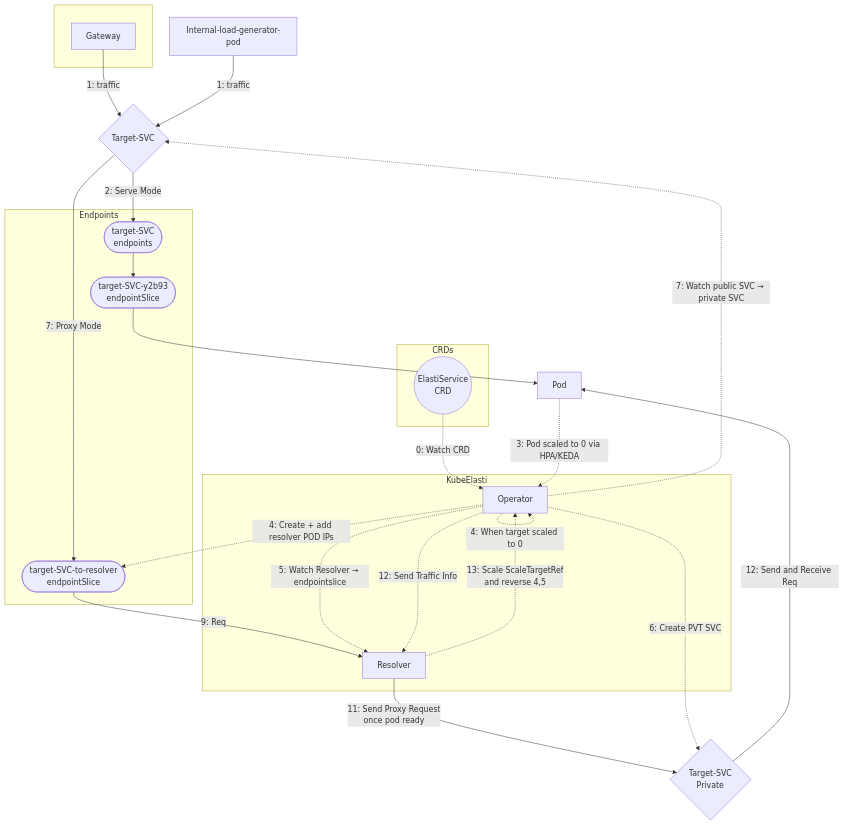
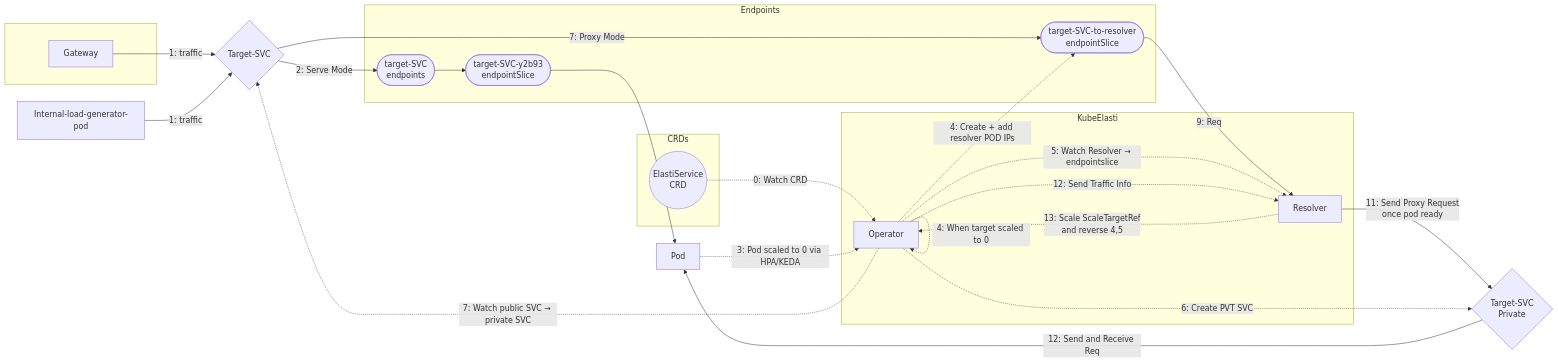
One commit to truefoundry/elasti changed the first of 8 diagrams in docs/src/architecture.md. Above: the diagram before and after it, drawn with Mermaid. The commit also changed other lines of this file and 1 other file, not shown here.

Commit message:
feat: update docs site_url

````diff
--- a/docs/src/architecture.md
+++ b/docs/src/architecture.md
@@ -11,67 +10,67 @@
 ``` mermaid
-graph TB
+graph LR
   %% ───────────────────────────
   %%  SUBGRAPHS (logical zones)
   %% ───────────────────────────
   subgraph INGRESS [" "]
     Gateway[Gateway]
   end
 
 
 
   subgraph CONTROL_PLANE ["KubeElasti"]
     Operator[Operator]
     Resolver[Resolver]
   end
 
   LoadGen[Internal-load-generator-pod]
 
   subgraph ELASTI_CRD ["CRDs"]
     ESCRD((ElastiService<br>CRD))
   end
 
 
 
     TargetSVC{Target-SVC}
     TargetSVC_PVT{Target‑SVC<br>Private}
   
 
   subgraph ENDPOINT ["Endpoints"]
     SVC_EP([target-SVC<br>endpoints])
     SVC_EPS([target-SVC-y2b93<br>endpointSlice])
     ResEPS([target-SVC-to-resolver<br>endpointSlice])
   end
 
   %% ───────────────────────────
   %%  TRAFFIC FLOWS (solid)
   %% ───────────────────────────
   Gateway -->|1: traffic| TargetSVC
   LoadGen -->|1: traffic| TargetSVC
 
   %% Serve‑mode path
   TargetSVC -->|2: Serve Mode| SVC_EP
   SVC_EP --> SVC_EPS
   SVC_EPS --> Pod
 
   %% Proxy‑mode path
   TargetSVC -->|7: Proxy Mode| ResEPS
   ResEPS -->|9: Req| Resolver
   Resolver -->|11: Send Proxy Request<br>once pod ready| TargetSVC_PVT
   TargetSVC_PVT -->|12: Send and Receive Req| Pod
 
   %% ───────────────────────────
   %%  OPERATOR / WATCH (dashed)
   %% ───────────────────────────
   ESCRD -. "0: Watch CRD" .-> Operator
   Operator -. "0: Watch ScaleTargetRef" .-> Operator
   Operator -. "4: When target scaled to 0" .-> Operator
   Operator -. "4: Create + add resolver POD IPs" .-> ResEPS
   Operator -. "5: Watch Resolver → endpointslice" .-> Resolver
   Operator -. "6: Create PVT SVC" .-> TargetSVC_PVT
   Operator -. "7: Watch public SVC → private SVC" .-> TargetSVC
   Operator -. "12: Send Traffic Info" .-> Resolver
   Resolver -. "13: Scale ScaleTargetRef<br> and reverse 4,5" .-> Operator
 
   Pod -. "3: Pod scaled to 0 via HPA/KEDA" .-> Operator
 
 ```
````
